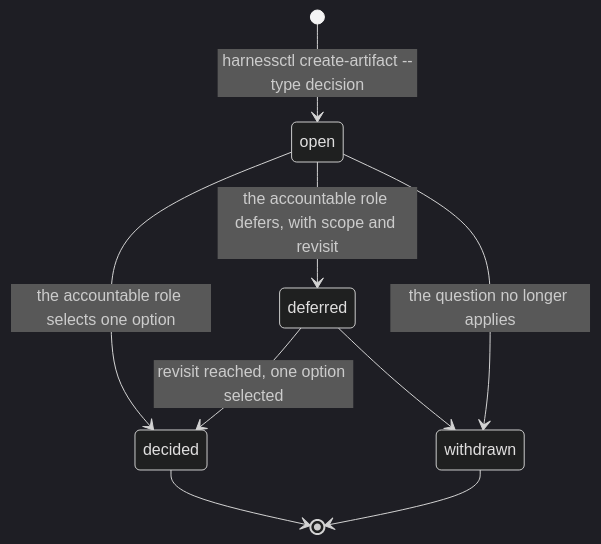
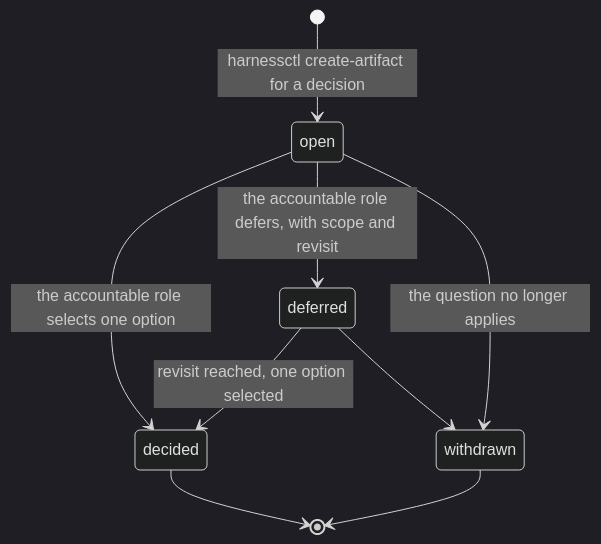
One commit to mmzen/se_harness changed the second of 4 diagrams in docs/notes/decision-artifact-proposal-2026-09-03.md. Above: the diagram before and after it, drawn with Mermaid (dark theme). The commit also changed other lines of this file, not shown here.

First line of the commit message:
docs(notes): make the deviation sequence diagram parse

````diff
--- a/docs/notes/decision-artifact-proposal-2026-09-03.md
+++ b/docs/notes/decision-artifact-proposal-2026-09-03.md
@@ -145,11 +145,11 @@
 ```mermaid
 stateDiagram-v2
-    [*] --> open : harnessctl create-artifact --type decision
+    [*] --> open : harnessctl create-artifact for a decision
     open --> decided : the accountable role selects one option
     open --> deferred : the accountable role defers, with scope and revisit
     open --> withdrawn : the question no longer applies
     deferred --> decided : revisit reached, one option selected
     deferred --> withdrawn
     decided --> [*]
     withdrawn --> [*]
 ```
````
